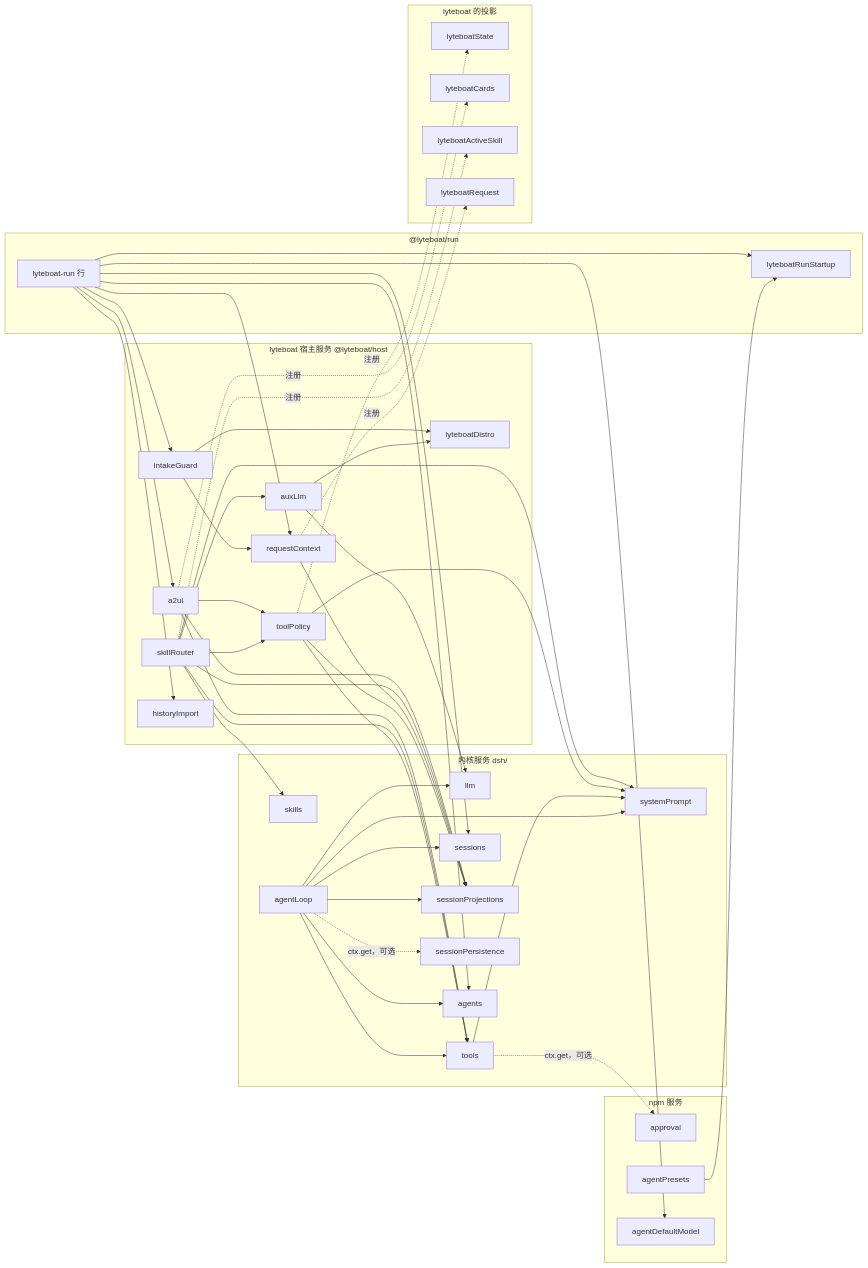
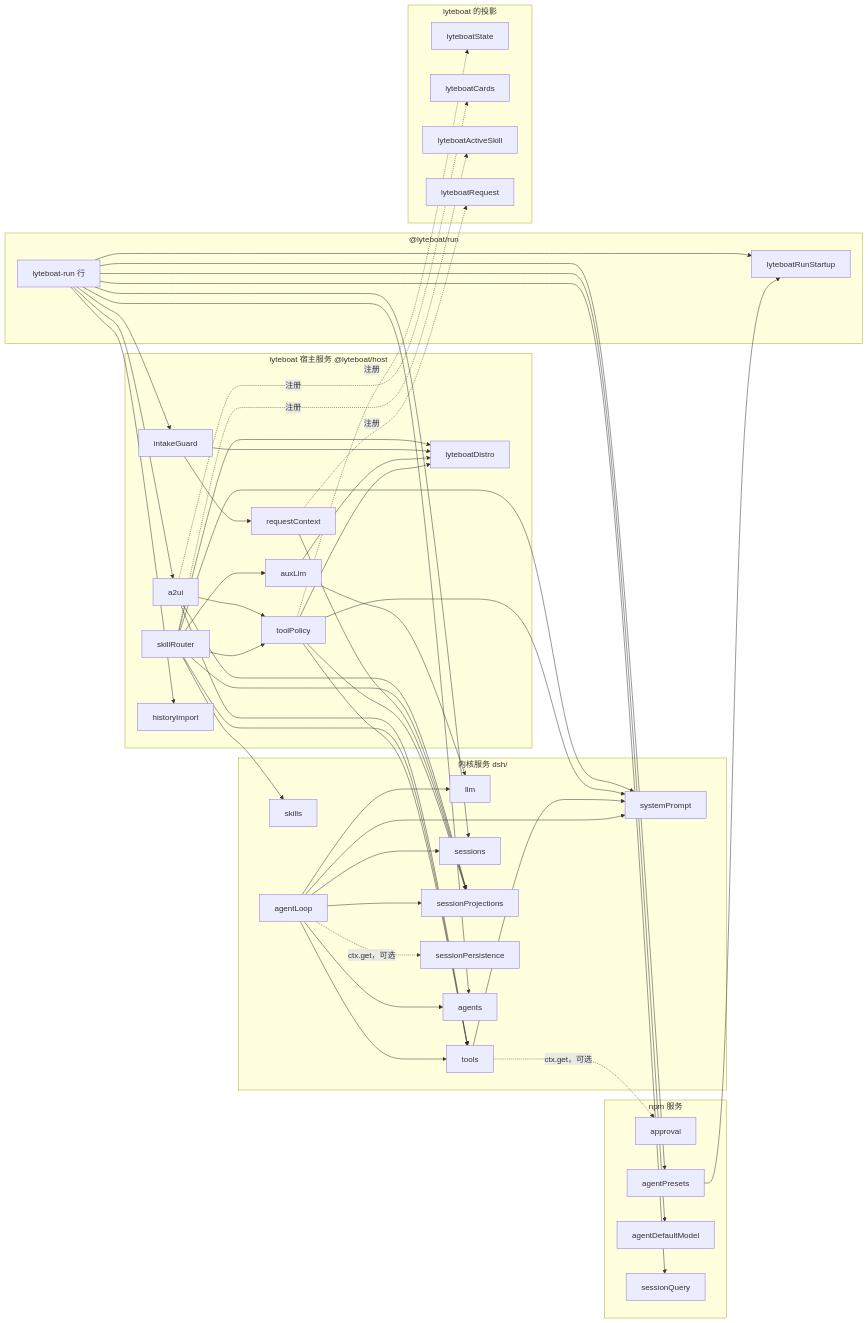
One commit to lyteboat/boat changed the third of 11 diagrams in docs/01-architecture.md. Above: the diagram before and after it, drawn with Mermaid. The commit also changed other lines of this file, not shown here.

````diff
--- a/docs/01-architecture.md
+++ b/docs/01-architecture.md
@@ -151,55 +153,56 @@
 ```mermaid
 flowchart LR
   subgraph KS["内核服务 dsh/"]
     llm["llm"]
     tools["tools"]
     skills["skills"]
     sessions["sessions"]
     sp["systemPrompt"]
     proj["sessionProjections"]
     persist["sessionPersistence"]
     agentsS["agents"]
     loop["agentLoop"]
   end
   subgraph NS["npm 服务"]
     approval["approval"]
     presets["agentPresets"]
     dm["agentDefaultModel"]
+    sq["sessionQuery"]
   end
   subgraph BS["lyteboat 宿主服务 @lyteboat/host"]
     distro["lyteboatDistro"]
     tp["toolPolicy"]
     aux["auxLlm"]
     rc["requestContext"]
     ig["intakeGuard"]
     sr["skillRouter"]
     a2ui["a2ui"]
     hi["historyImport"]
   end
   subgraph RS["@lyteboat/run"]
     startup["lyteboatRunStartup"]
     runner["lyteboat-run 行"]
   end
   subgraph PS["lyteboat 的投影"]
     pState["lyteboatState"]
     pCards["lyteboatCards"]
     pSkill["lyteboatActiveSkill"]
     pReq["lyteboatRequest"]
   end
   loop --> agentsS & sessions & llm & tools & sp & proj
   tools --> sp
-  tp --> tools & proj & sp
+  tp --> tools & proj & sp & distro
   aux --> llm & distro
   rc --> proj
   ig --> rc & distro
-  sr --> skills & aux & proj & sp & tools & tp
+  sr --> skills & aux & proj & sp & tools & tp & distro
   a2ui --> tools & tp & proj
   presets --> startup
-  runner --> dm & agentsS & sessions & hi & a2ui & rc & ig & startup
+  runner --> dm & agentsS & presets & sessions & sq & hi & a2ui & ig & startup
   tp -.->|"注册"| pState
   a2ui -.->|"注册"| pCards
   sr -.->|"注册"| pSkill
   rc -.->|"注册"| pReq
   tools -.->|"ctx.get，可选"| approval
   loop -.->|"ctx.get，可选"| persist
 ```
````
